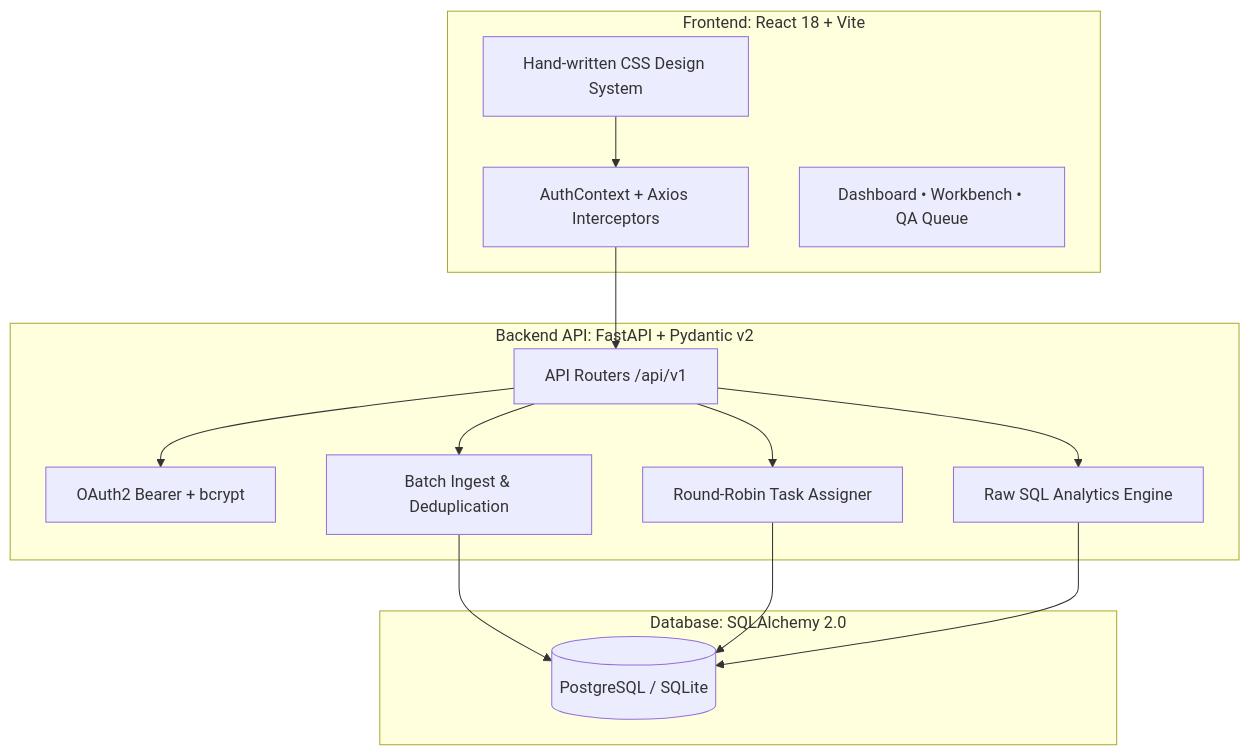
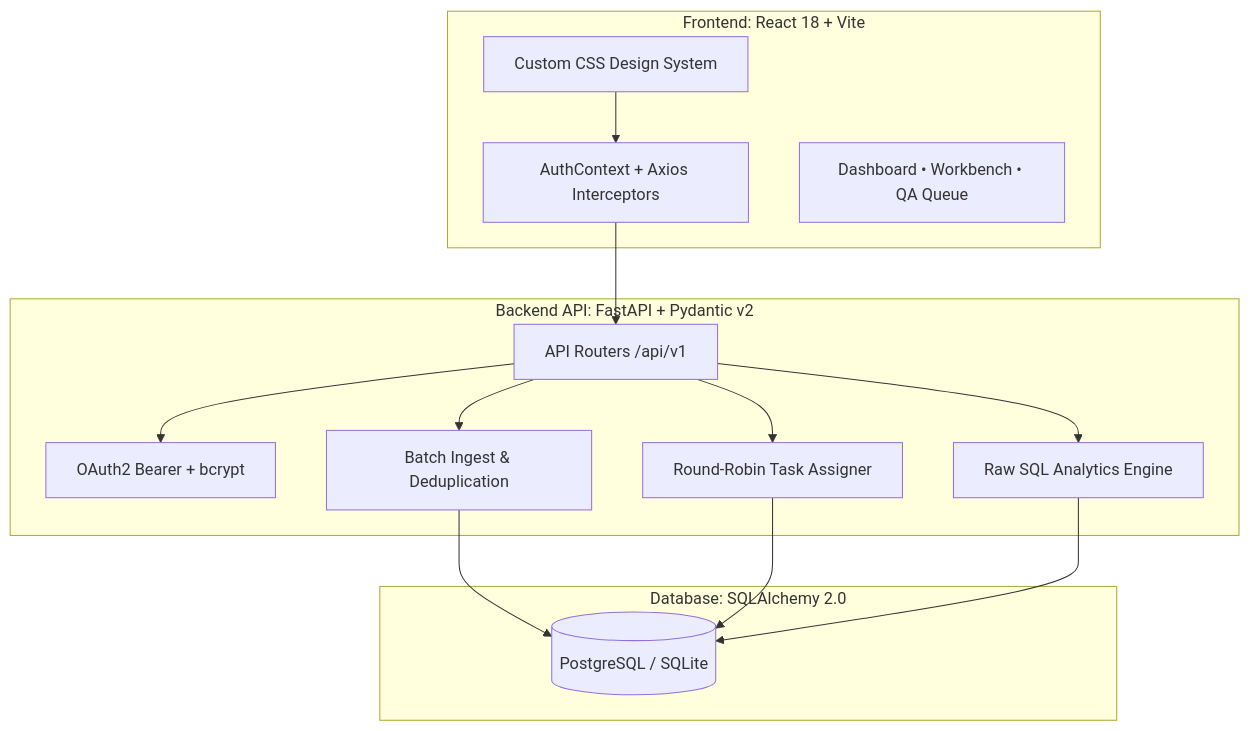
Before and after one commit to hegdeshrinivas1/LabelForge: the diagram in README.md, drawn with Mermaid. The commit also changed other lines of this file and 3 other files, not shown here.

Commit message:
docs: replace handwritten wording with custom CSS design system

````diff
--- a/README.md
+++ b/README.md
@@ -32,30 +32,30 @@
 ```mermaid
 flowchart TD
     subgraph Client ["Frontend: React 18 + Vite"]
-        UI["Hand-written CSS Design System"]
+        UI["Custom CSS Design System"]
         AuthC["AuthContext + Axios Interceptors"]
         Views["Dashboard • Workbench • QA Queue"]
     end
 
     subgraph API ["Backend API: FastAPI + Pydantic v2"]
         Router["API Routers /api/v1"]
         Security["OAuth2 Bearer + bcrypt"]
         IngestEngine["Batch Ingest & Deduplication"]
         Assigner["Round-Robin Task Assigner"]
         StatsEngine["Raw SQL Analytics Engine"]
     end
 
     subgraph Storage ["Database: SQLAlchemy 2.0"]
         DB[("PostgreSQL / SQLite")]
     end
 
     UI --> AuthC
     AuthC --> Router
     Router --> Security
     Router --> IngestEngine
     Router --> Assigner
     Router --> StatsEngine
     IngestEngine --> DB
     Assigner --> DB
     StatsEngine --> DB
 ```
````
